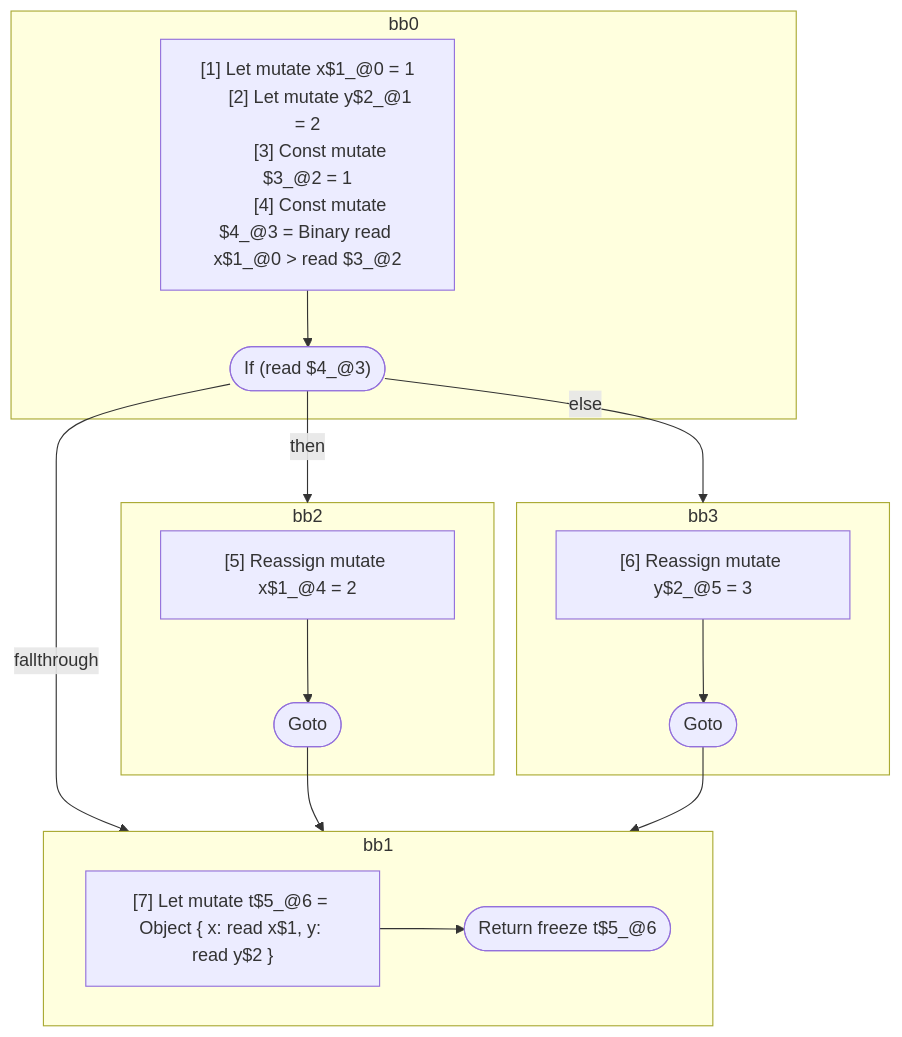
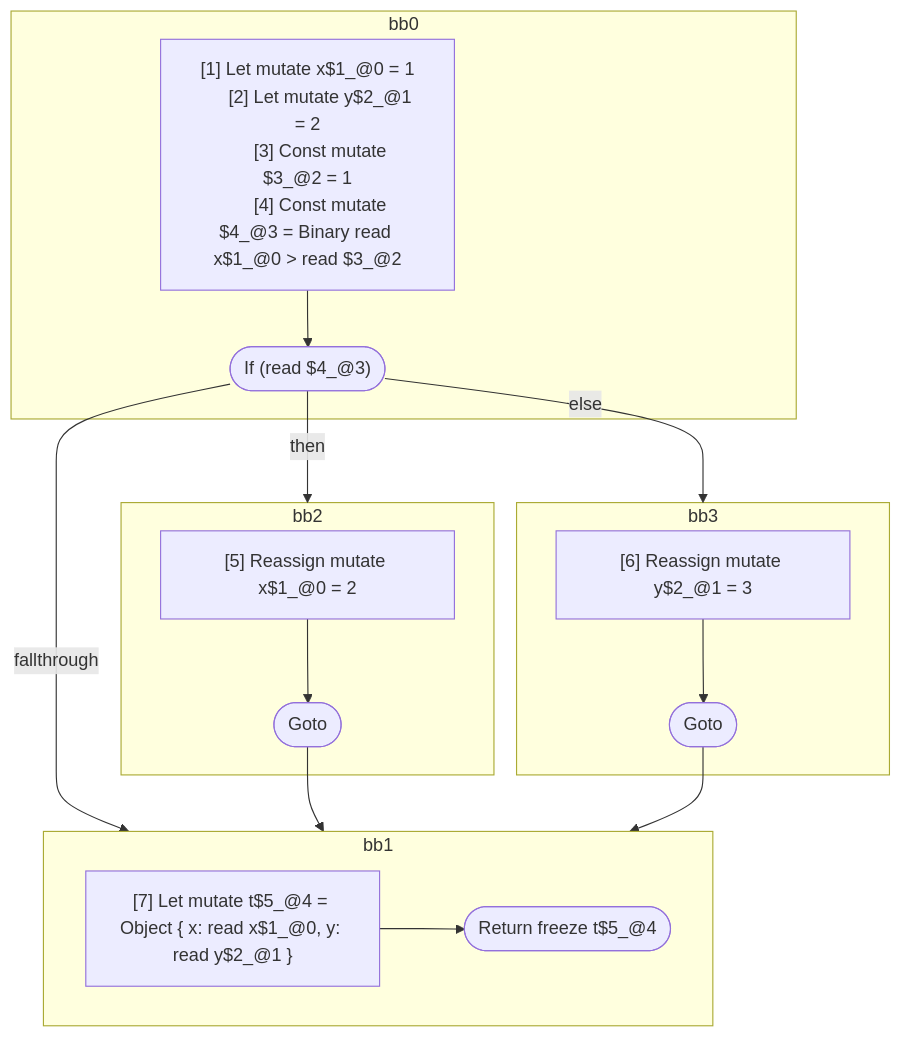
One commit to wutsmog/private changed the diagram in compiler/forget/src/__tests__/fixtures/hir/ssa-objectexpression-phi.expect.md. Above: the diagram before and after it, drawn with Mermaid. The commit also changed other lines of this file and 18 other files, not shown here.

````diff
--- a/compiler/forget/src/__tests__/fixtures/hir/ssa-objectexpression-phi.expect.md
+++ b/compiler/forget/src/__tests__/fixtures/hir/ssa-objectexpression-phi.expect.md
@@ -46,39 +46,39 @@
 ```mermaid
 flowchart TB
   %% Basic Blocks
   subgraph bb0
     bb0_instrs["
       [1] Let mutate x$1_@0 = 1
       [2] Let mutate y$2_@1 = 2
       [3] Const mutate $3_@2 = 1
       [4] Const mutate $4_@3 = Binary read x$1_@0 > read $3_@2
     "]
     bb0_instrs --> bb0_terminal(["If (read $4_@3)"])
   end
   subgraph bb2
     bb2_instrs["
-      [5] Reassign mutate x$1_@4 = 2
+      [5] Reassign mutate x$1_@0 = 2
     "]
     bb2_instrs --> bb2_terminal(["Goto"])
   end
   subgraph bb3
     bb3_instrs["
-      [6] Reassign mutate y$2_@5 = 3
+      [6] Reassign mutate y$2_@1 = 3
     "]
     bb3_instrs --> bb3_terminal(["Goto"])
   end
   subgraph bb1
     bb1_instrs["
-      [7] Let mutate t$5_@6 = Object { x: read x$1, y: read y$2 }
+      [7] Let mutate t$5_@4 = Object { x: read x$1_@0, y: read y$2_@1 }
     "]
-    bb1_instrs --> bb1_terminal(["Return freeze t$5_@6"])
+    bb1_instrs --> bb1_terminal(["Return freeze t$5_@4"])
   end
 
   %% Jumps
   bb0_terminal -- then --> bb2
   bb0_terminal -- else --> bb3
   bb0_terminal -- fallthrough --> bb1
   bb2_terminal --> bb1
   bb3_terminal --> bb1
 
 ```
````
